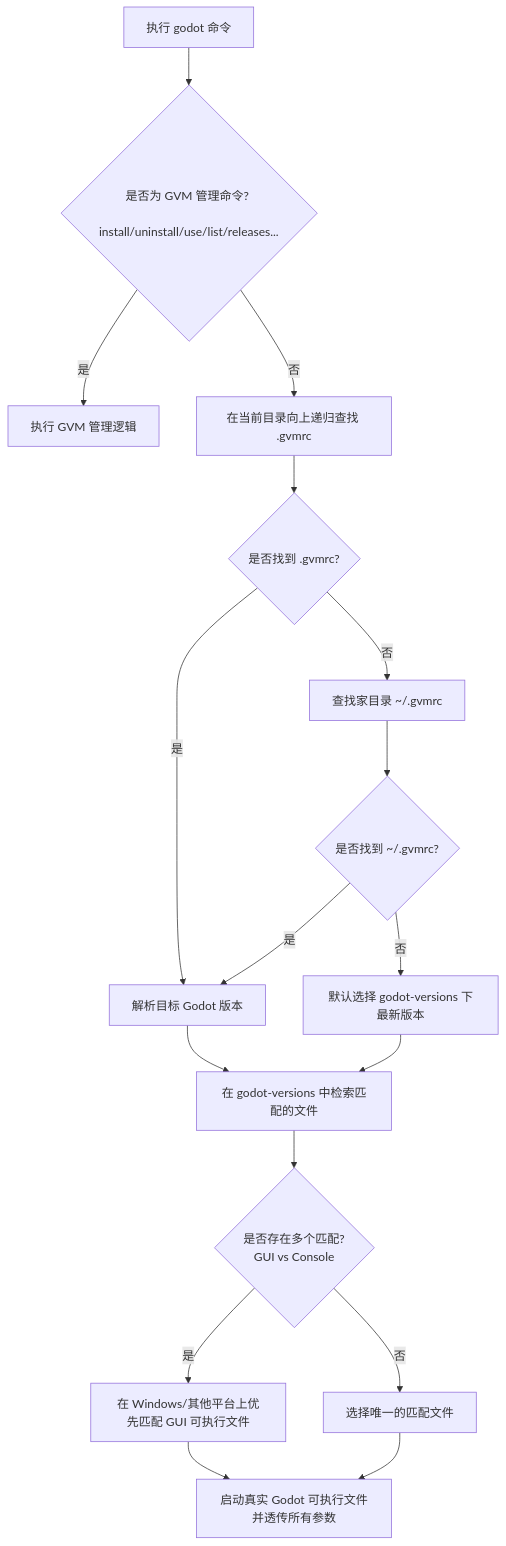
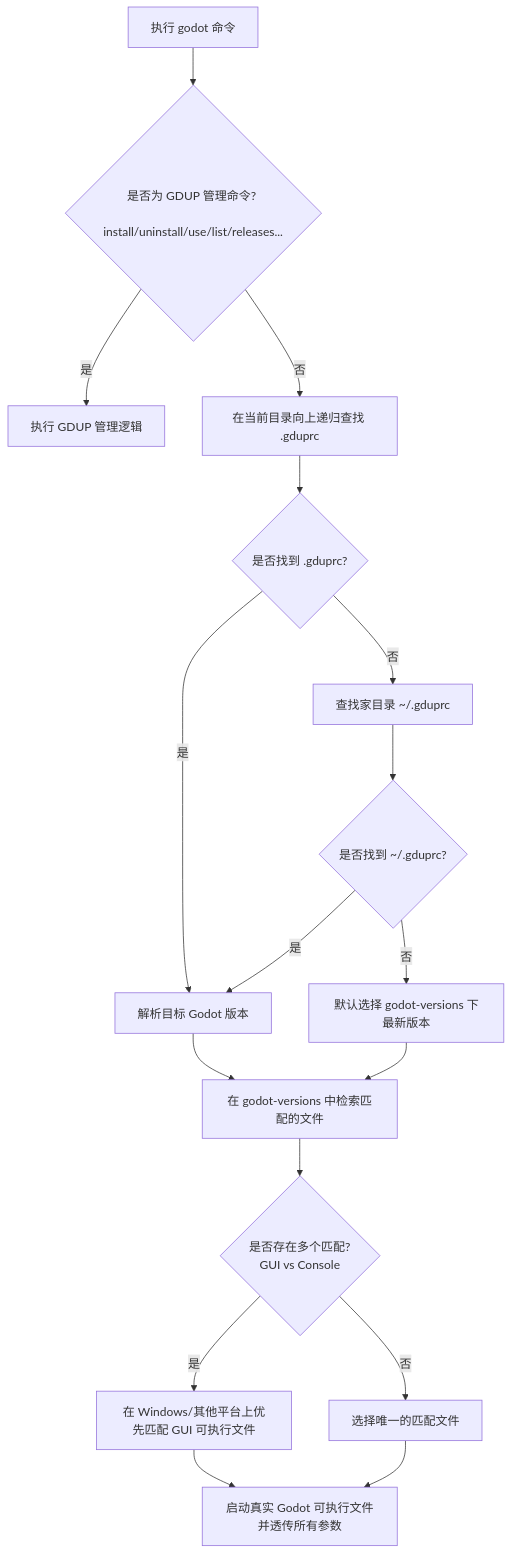
Before and after one commit to yinfall/gdup: the diagram in README.md, drawn with Mermaid. The commit also changed other lines of this file and 17 other files, not shown here.

First line of the commit message:
Refactor: rename to gdup, introduce Fat Binary shim pattern and centralized install

````diff
--- a/README.md
+++ b/README.md
@@ -21,19 +21,19 @@
 ```mermaid
 graph TD
-    A[执行 godot 命令] --> B{是否为 GVM 管理命令? <br> install/uninstall/use/list/releases...}
-    B -- 是 --> C[执行 GVM 管理逻辑]
-    B -- 否 --> D[在当前目录向上递归查找 .gvmrc]
-    D --> E{是否找到 .gvmrc?}
-    E -- 否 --> F[查找家目录 ~/.gvmrc]
+    A[执行 godot 命令] --> B{是否为 GDUP 管理命令? <br> install/uninstall/use/list/releases...}
+    B -- 是 --> C[执行 GDUP 管理逻辑]
+    B -- 否 --> D[在当前目录向上递归查找 .gduprc]
+    D --> E{是否找到 .gduprc?}
+    E -- 否 --> F[查找家目录 ~/.gduprc]
     E -- 是 --> H[解析目标 Godot 版本]
-    F --> G{是否找到 ~/.gvmrc?}
+    F --> G{是否找到 ~/.gduprc?}
     G -- 否 --> I[默认选择 godot-versions 下最新版本]
     G -- 是 --> H
     H --> J[在 godot-versions 中检索匹配的文件]
     I --> J
     J --> K{是否存在多个匹配? <br> GUI vs Console}
     K -- 是 --> L[在 Windows/其他平台上优先匹配 GUI 可执行文件]
     K -- 否 --> M[选择唯一的匹配文件]
     L --> N[启动真实 Godot 可执行文件并透传所有参数]
     M --> N
 ```
````
